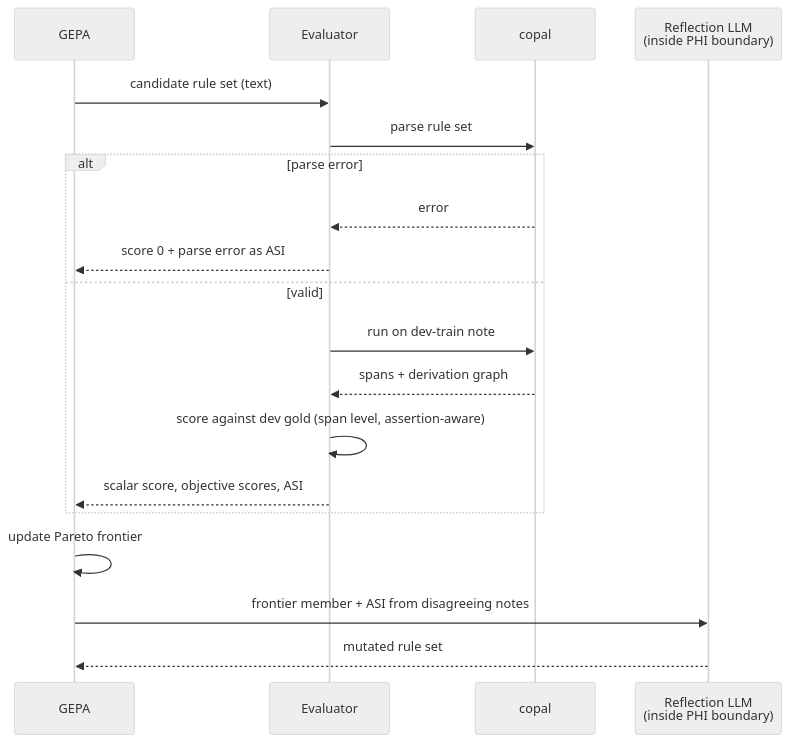
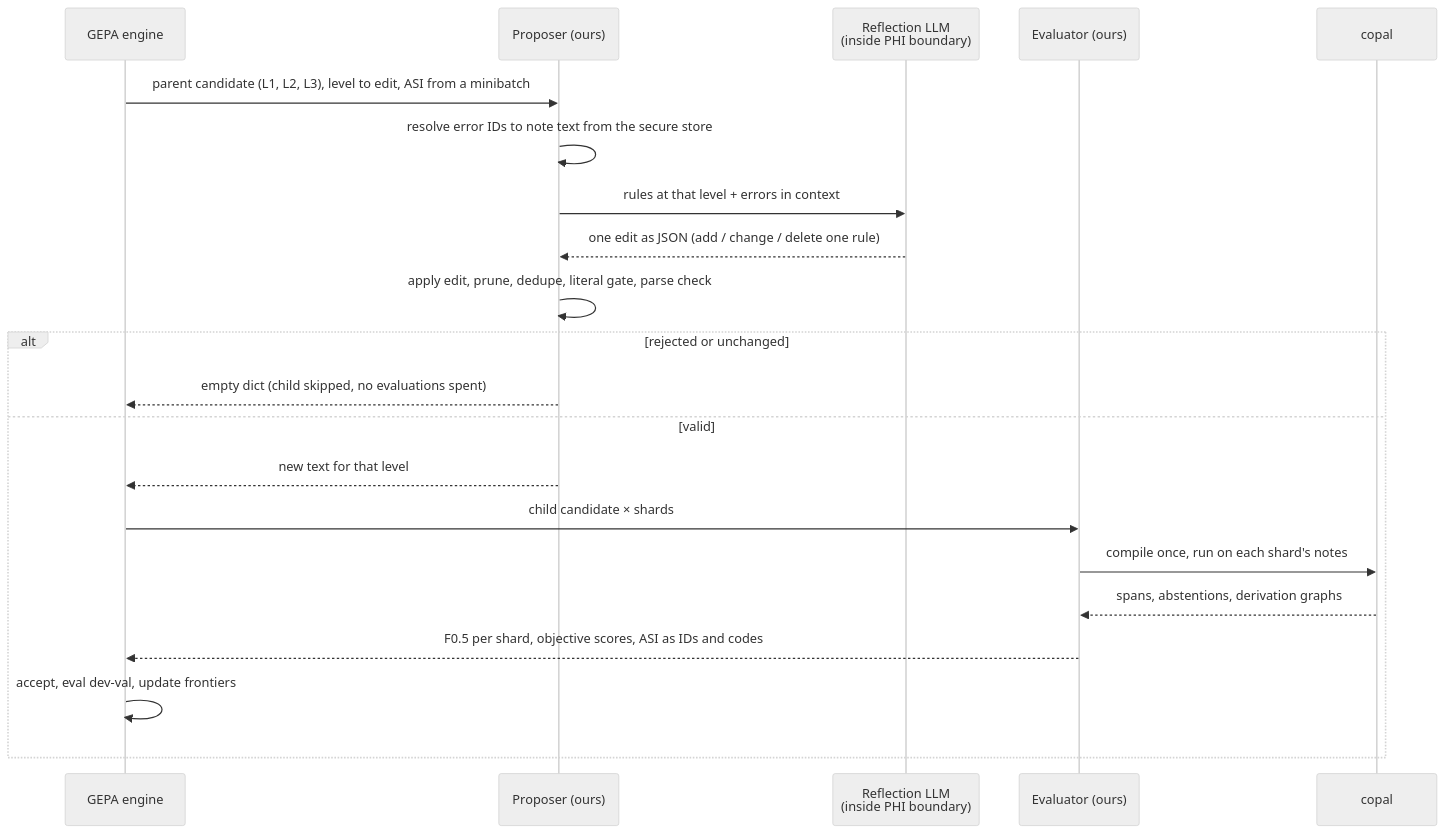
One commit to NUCATS-D3/amber-nlp changed the fifth of 7 diagrams in docs/design/compiled-clinical-ie.md. Above: the diagram before and after it, drawn with Mermaid (neutral theme). The commit also changed other lines of this file, not shown here.

First line of the commit message:
Revise compiled clinical IE design after review, lit search, GEPA recon

````diff
--- a/docs/design/compiled-clinical-ie.md
+++ b/docs/design/compiled-clinical-ie.md
@@ -368,22 +527,24 @@
 ```mermaid
 sequenceDiagram
-    participant G as GEPA
-    participant E as Evaluator
+    participant G as GEPA engine
+    participant P as Proposer (ours)
+    participant R as Reflection LLM<br/>(inside PHI boundary)
+    participant E as Evaluator (ours)
     participant C as copal
-    participant R as Reflection LLM<br/>(inside PHI boundary)
 
-    G->>E: candidate rule set (text)
-    E->>C: parse rule set
-    alt parse error
-        C-->>E: error
-        E-->>G: score 0 + parse error as ASI
+    G->>P: parent candidate (L1, L2, L3), level to edit, ASI from a minibatch
+    P->>P: resolve error IDs to note text from the secure store
+    P->>R: rules at that level + errors in context
+    R-->>P: one edit as JSON (add / change / delete one rule)
+    P->>P: apply edit, prune, dedupe, literal gate, parse check
+    alt rejected or unchanged
+        P-->>G: empty dict (child skipped, no evaluations spent)
     else valid
-        E->>C: run on dev-train note
-        C-->>E: spans + derivation graph
-        E->>E: score against dev gold (span level, assertion-aware)
-        E-->>G: scalar score, objective scores, ASI
+        P-->>G: new text for that level
+        G->>E: child candidate × shards
+        E->>C: compile once, run on each shard's notes
+        C-->>E: spans, abstentions, derivation graphs
+        E-->>G: F0.5 per shard, objective scores, ASI as IDs and codes
+        G->>G: accept, eval dev-val, update frontiers
     end
-    G->>G: update Pareto frontier
-    G->>R: frontier member + ASI from disagreeing notes
-    R-->>G: mutated rule set
 ```
````
